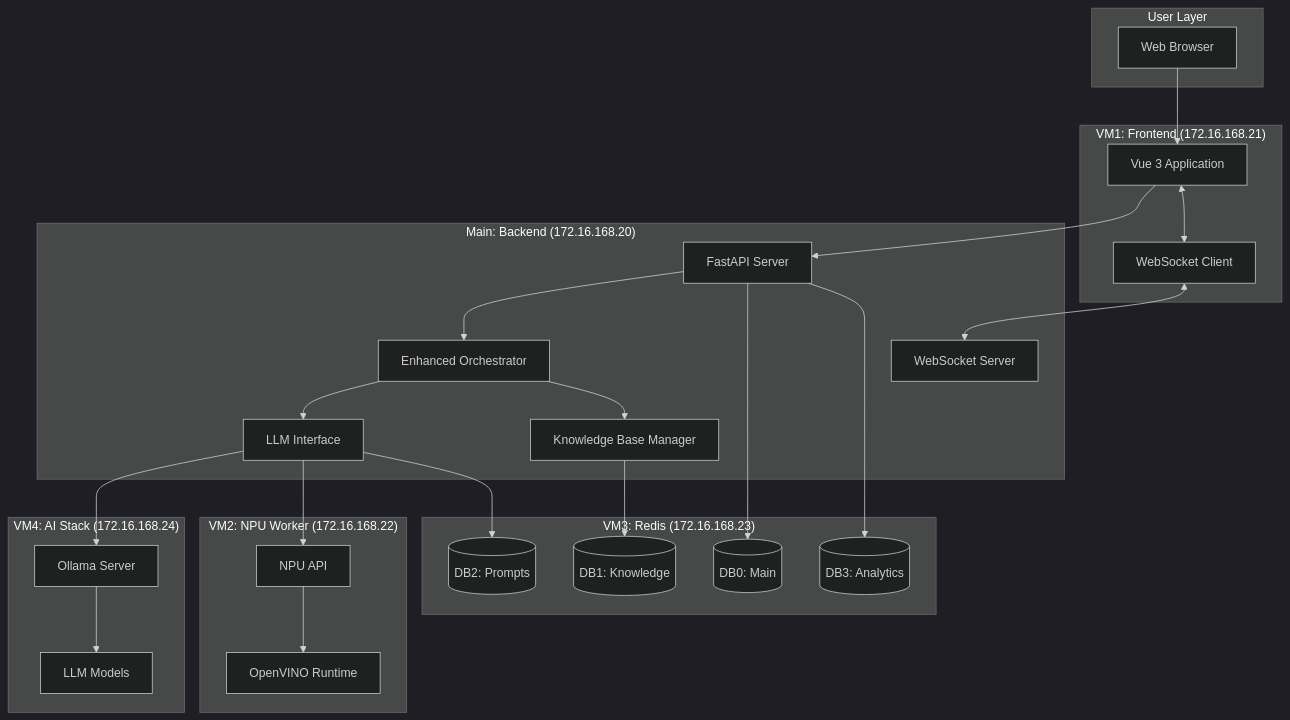
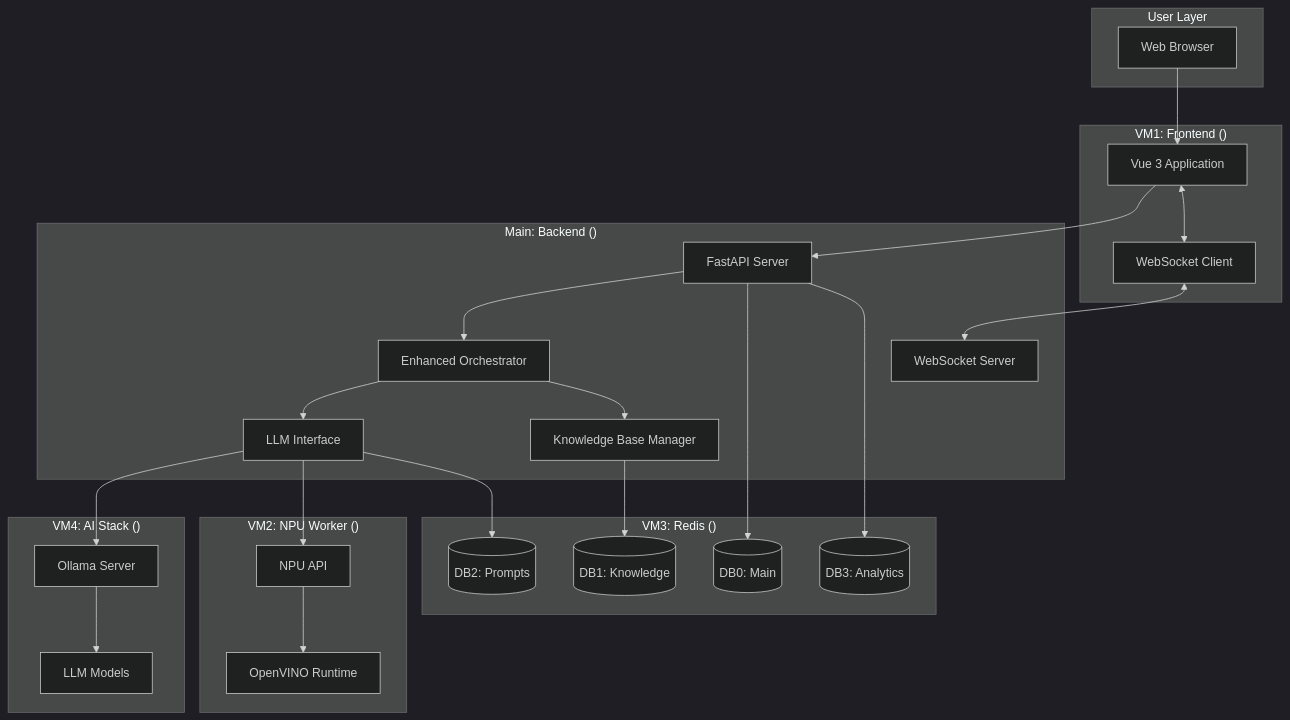
Before and after one commit to mrveiss/AutoBot-AI: the first of 8 diagrams in docs/architecture/data-flows.md, drawn with Mermaid (dark theme). The commit also changed other lines of this file and 150 other files, not shown here.

````diff
--- a/docs/architecture/data-flows.md
+++ b/docs/architecture/data-flows.md
@@ -12,55 +12,55 @@
 ```mermaid
 flowchart TB
     subgraph User["User Layer"]
         Browser[Web Browser]
     end
 
-    subgraph Frontend["VM1: Frontend (172.16.168.21)"]
+    subgraph Frontend["VM1: Frontend (<frontend-ip>)"]
         Vue[Vue 3 Application]
         WS_Client[WebSocket Client]
     end
 
-    subgraph Backend["Main: Backend (172.16.168.20)"]
+    subgraph Backend["Main: Backend (<backend-ip>)"]
         API[FastAPI Server]
         WS_Server[WebSocket Server]
         Orchestrator[Enhanced Orchestrator]
         LLM_Interface[LLM Interface]
         KB_Manager[Knowledge Base Manager]
     end
 
-    subgraph Redis["VM3: Redis (172.16.168.23)"]
+    subgraph Redis["VM3: Redis (<database-ip>)"]
         DB0[(DB0: Main)]
         DB1[(DB1: Knowledge)]
         DB2[(DB2: Prompts)]
         DB3[(DB3: Analytics)]
     end
 
-    subgraph AI["VM4: AI Stack (172.16.168.24)"]
+    subgraph AI["VM4: AI Stack (<aiml-ip>)"]
         Ollama[Ollama Server]
         Models[LLM Models]
     end
 
-    subgraph NPU["VM2: NPU Worker (172.16.168.22)"]
+    subgraph NPU["VM2: NPU Worker (<npu-ip>)"]
         NPU_API[NPU API]
         OpenVINO[OpenVINO Runtime]
     end
 
     Browser --> Vue
     Vue --> API
     Vue <--> WS_Client
     WS_Client <--> WS_Server
 
     API --> Orchestrator
     Orchestrator --> LLM_Interface
     Orchestrator --> KB_Manager
 
     LLM_Interface --> Ollama
     LLM_Interface --> NPU_API
     Ollama --> Models
     NPU_API --> OpenVINO
 
     KB_Manager --> DB1
     API --> DB0
     API --> DB3
     LLM_Interface --> DB2
 ```
````
